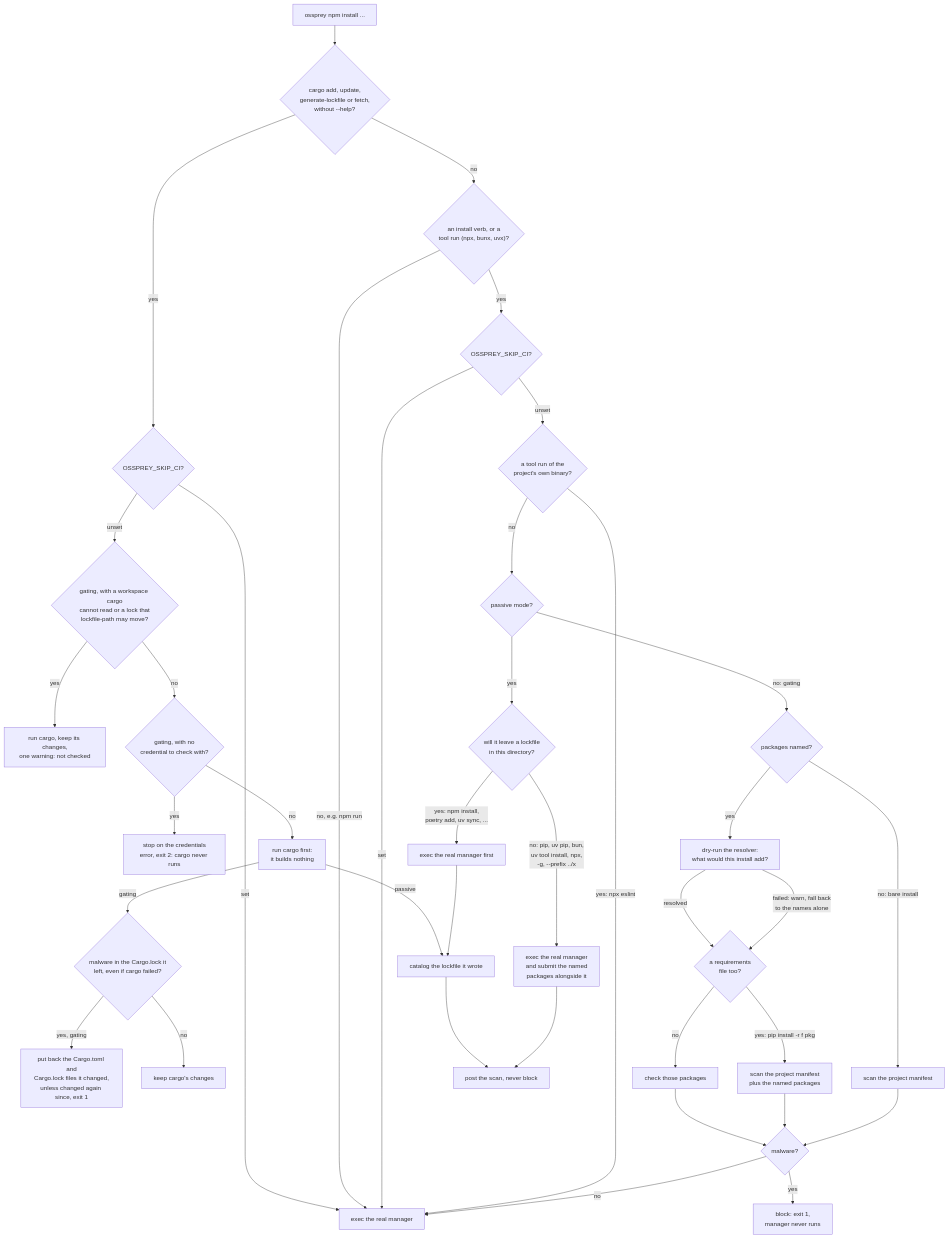
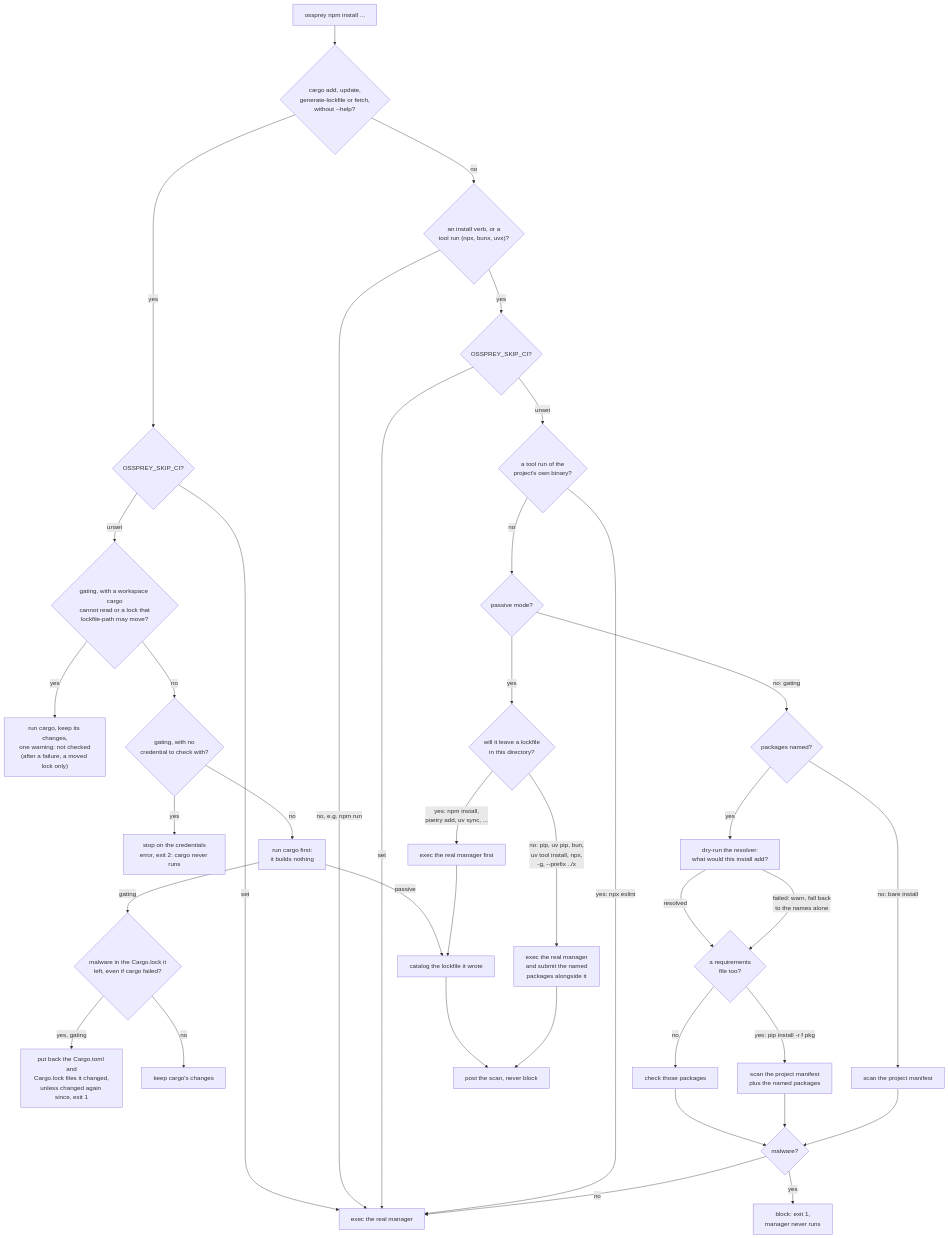
Before and after one commit to ossprey/ossprey-cli: the second of 3 diagrams in docs/architecture.md, drawn with Mermaid. The commit also changed 5 other files, not shown here.

````diff
--- a/docs/architecture.md
+++ b/docs/architecture.md
@@ -49,42 +49,42 @@
 ```mermaid
 flowchart TD
     S["ossprey npm install ..."] --> CA{"cargo add, update,<br/>generate-lockfile or fetch,<br/>without --help?"}
     CA -- "yes" --> CV{"OSSPREY_SKIP_CI?"}
     CV -- "set" --> U
     CV -- "unset" --> CW{"gating, with a workspace cargo<br/>cannot read or a lock that<br/>lockfile-path may move?"}
-    CW -- "yes" --> CN["run cargo, keep its changes,<br/>one warning: not checked"]
+    CW -- "yes" --> CN["run cargo, keep its changes,<br/>one warning: not checked<br/>(after a failure, a moved lock only)"]
     CW -- "no" --> CK{"gating, with no<br/>credential to check with?"}
     CK -- "yes" --> CX["stop on the credentials<br/>error, exit 2: cargo never runs"]
     CK -- "no" --> CB["run cargo first:<br/>it builds nothing"]
     CB -- "gating" --> CC{"malware in the Cargo.lock it<br/>left, even if cargo failed?"}
     CC -- "yes, gating" --> CD["put back the Cargo.toml and<br/>Cargo.lock files it changed,<br/>unless changed again since, exit 1"]
     CC -- "no" --> CE["keep cargo's changes"]
     CB -- "passive" --> AE
     CA -- "no" --> T{"an install verb, or a<br/>tool run (npx, bunx, uvx)?"}
     T -- "no, e.g. npm run" --> U["exec the real manager"]
     T -- "yes" --> V{"OSSPREY_SKIP_CI?"}
     V -- "set" --> U
     V -- "unset" --> L{"a tool run of the<br/>project's own binary?"}
     L -- "yes: npx eslint" --> U
     L -- "no" --> W{"passive mode?"}
 
     W -- "no: gating" --> X{"packages named?"}
     X -- "yes" --> E["dry-run the resolver:<br/>what would this install add?"]
     E -- "resolved" --> R{"a requirements<br/>file too?"}
     E -- "failed: warn, fall back<br/>to the names alone" --> R
     R -- "no" --> Y["check those packages"]
     R -- "yes: pip install -r f pkg" --> RZ["scan the project manifest<br/>plus the named packages"]
     X -- "no: bare install" --> Z["scan the project manifest"]
     Y --> AA{"malware?"}
     RZ --> AA
     Z --> AA
     AA -- "yes" --> AB["block: exit 1,<br/>manager never runs"]
     AA -- "no" --> U
 
     W -- "yes" --> AC{"will it leave a lockfile<br/>in this directory?"}
     AC -- "yes: npm install,<br/>poetry add, uv sync, ..." --> AD["exec the real manager first"]
     AD --> AE["catalog the lockfile it wrote"]
     AE --> AF["post the scan, never block"]
     AC -- "no: pip, uv pip, bun,<br/>uv tool install, npx,<br/>-g, --prefix ../x" --> AG["exec the real manager<br/>and submit the named<br/>packages alongside it"]
     AG --> AF
 ```
````
